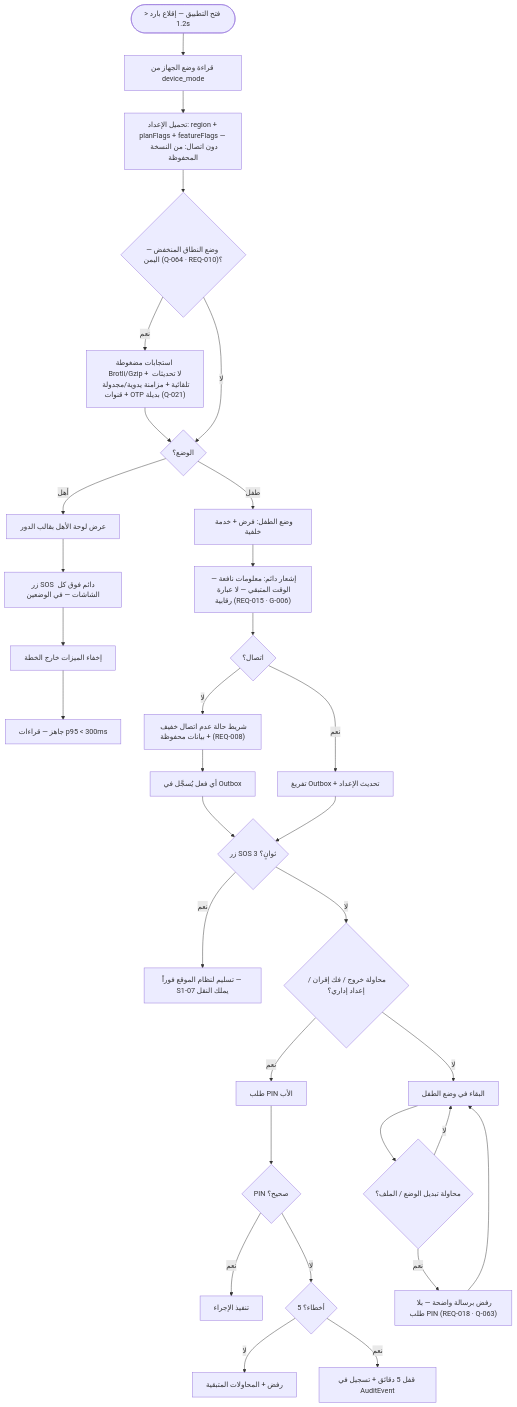
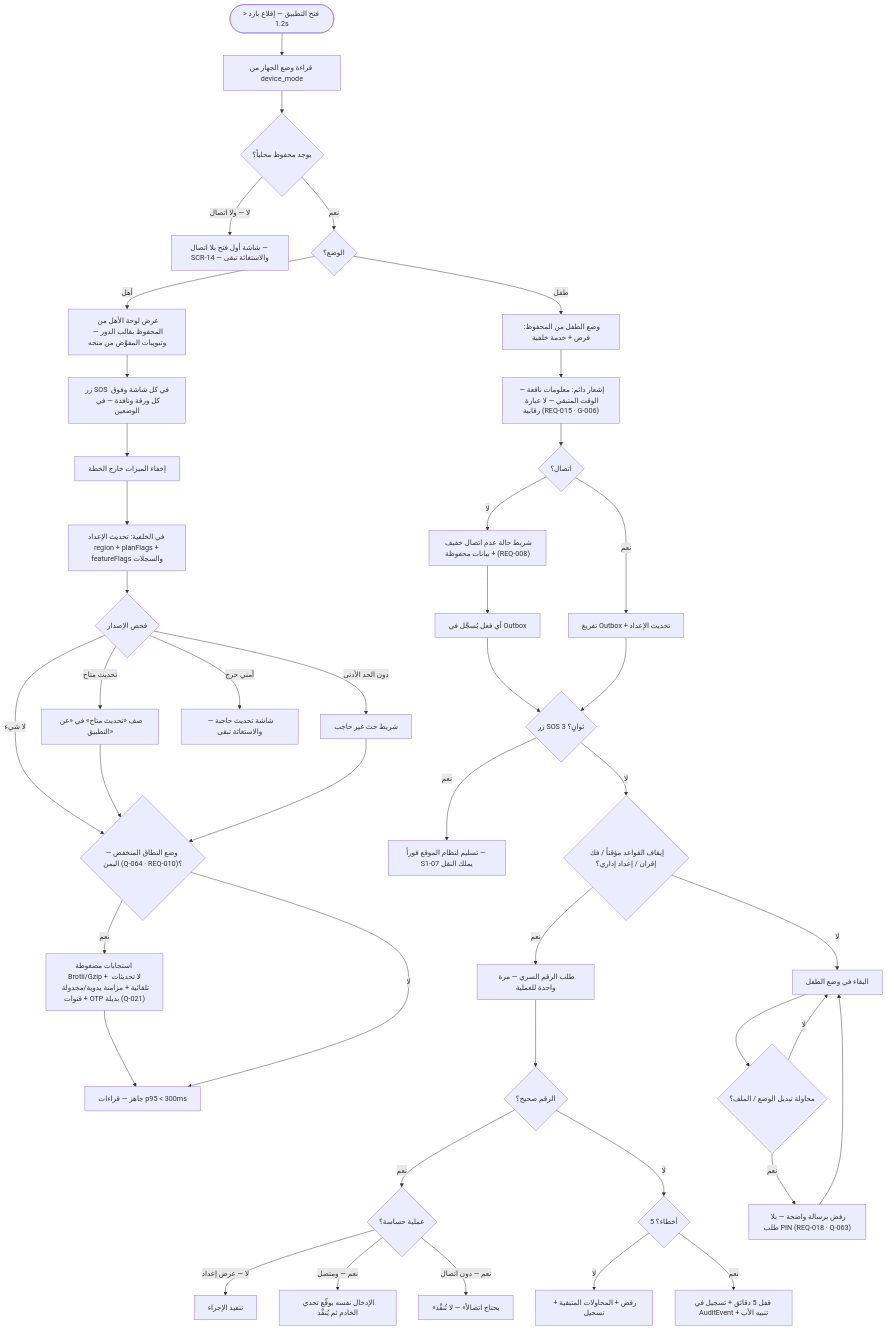
Before and after one commit to Bassam-mohammed-alqaeadi/family-os-v2: diagram 13 of 15 in docs/family-os/governance/phases/phase-1/S1-01-app-shell-and-platform/DIAGRAMS.md, drawn with Mermaid. The commit also changed other lines of this file and 13 other files, not shown here.

````diff
--- a/docs/family-os/governance/phases/phase-1/S1-01-app-shell-and-platform/DIAGRAMS.md
+++ b/docs/family-os/governance/phases/phase-1/S1-01-app-shell-and-platform/DIAGRAMS.md
@@ -464,34 +460,45 @@
 ```mermaid
 flowchart TD
     Start([فتح التطبيق — إقلاع بارد < 1.2s]) --> Read[قراءة وضع الجهاز من device_mode]
-    Read --> Config[تحميل الإعداد: region + planFlags + featureFlags — دون اتصال: من النسخة المحفوظة]
-    Config --> LowBW{"وضع النطاق المنخفض — اليمن (Q-064 · REQ-010)؟"}
+    Read --> Cached{يوجد محفوظ محلياً؟}
+    Cached -->|لا — ولا اتصال| First[شاشة أول فتح بلا اتصال — SCR-14 — والاستغاثة تبقى]
+    Cached -->|نعم| Mode{الوضع؟}
+    Mode -->|أهل| Render[عرض لوحة الأهل من المحفوظ بقالب الدور — وتبويبات المفوَّض من منحه]
+    Render --> SOSp[زر SOS في كل شاشة وفوق كل ورقة ونافذة — في الوضعين]
+    SOSp --> Hide[إخفاء الميزات خارج الخطة]
+    Hide --> Bg[في الخلفية: تحديث الإعداد region + planFlags + featureFlags والسجلات]
+    Bg --> Ver{فحص الإصدار}
+    Ver -->|تحديث متاح| VRow[صف «تحديث متاح» في «عن التطبيق»]
+    Ver -->|دون الحد الأدنى| VBar[شريط حث غير حاجب]
+    Ver -->|أمني حرج| VBlock[شاشة تحديث حاجبة — والاستغاثة تبقى]
+    Ver -->|لا شيء| LowBW{"وضع النطاق المنخفض — اليمن (Q-064 · REQ-010)؟"}
+    VRow --> LowBW
+    VBar --> LowBW
     LowBW -->|نعم| Compress["استجابات مضغوطة Brotli/Gzip + لا تحديثات تلقائية + مزامنة يدوية/مجدولة + قنوات OTP بديلة (Q-021)"]
-    Compress --> Mode{الوضع؟}
-    LowBW -->|لا| Mode
-    Mode -->|أهل| Render[عرض لوحة الأهل بقالب الدور]
-    Render --> SOSp[زر SOS دائم فوق كل الشاشات — في الوضعين]
-    SOSp --> Hide[إخفاء الميزات خارج الخطة]
-    Hide --> Ready[جاهز — قراءات p95 < 300ms]
-    Mode -->|طفل| Child[وضع الطفل: فرض + خدمة خلفية]
+    Compress --> Ready[جاهز — قراءات p95 < 300ms]
+    LowBW -->|لا| Ready
+    Mode -->|طفل| Child[وضع الطفل من المحفوظ: فرض + خدمة خلفية]
     Child --> Notif["إشعار دائم: معلومات نافعة — الوقت المتبقي — لا عبارة رقابية (REQ-015 · G-006)"]
     Notif --> Conn{اتصال؟}
     Conn -->|لا| Banner["شريط حالة عدم اتصال خفيف + بيانات محفوظة (REQ-008)"]
     Banner --> Act[أي فعل يُسجَّل في Outbox]
     Conn -->|نعم| Sync[تفريغ Outbox + تحديث الإعداد]
     Act --> SOS{زر SOS 3 ثوانٍ؟}
     Sync --> SOS
     SOS -->|نعم| Send[تسليم لنظام الموقع فوراً — S1-07 يملك النقل]
-    SOS -->|لا| Exit{محاولة خروج / فك إقران / إعداد إداري؟}
-    Exit -->|نعم| Gate[طلب PIN الأب]
-    Gate --> Pin{PIN صحيح؟}
-    Pin -->|نعم| Allow[تنفيذ الإجراء]
+    SOS -->|لا| Exit{إيقاف القواعد مؤقتاً / فك إقران / إعداد إداري؟}
+    Exit -->|نعم| Gate[طلب الرقم السري — مرة واحدة للعملية]
+    Gate --> Pin{الرقم صحيح؟}
+    Pin -->|نعم| Sensitive{عملية حساسة؟}
+    Sensitive -->|لا — عرض إعداد| Allow[تنفيذ الإجراء]
+    Sensitive -->|نعم — ومتصل| Prove[الإدخال نفسه يوقّع تحدي الخادم ثم يُنفَّذ]
+    Sensitive -->|نعم — دون اتصال| NeedNet[«يحتاج اتصالاً» — لا تُنفَّذ]
     Pin -->|لا| Count{5 أخطاء؟}
-    Count -->|لا| Retry[رفض + المحاولات المتبقية]
-    Count -->|نعم| Lock[قفل 5 دقائق + تسجيل في AuditEvent]
+    Count -->|لا| Retry[رفض + المحاولات المتبقية + تسجيل]
+    Count -->|نعم| Lock[قفل 5 دقائق + تسجيل في AuditEvent + تنبيه الأب]
     Exit -->|لا| Stay[البقاء في وضع الطفل]
     Stay --> Switch{محاولة تبديل الوضع / الملف؟}
     Switch -->|نعم| Refuse["رفض برسالة واضحة — بلا طلب PIN (REQ-018 · Q-063)"]
     Refuse --> Stay
     Switch -->|لا| Stay
 ```
````
